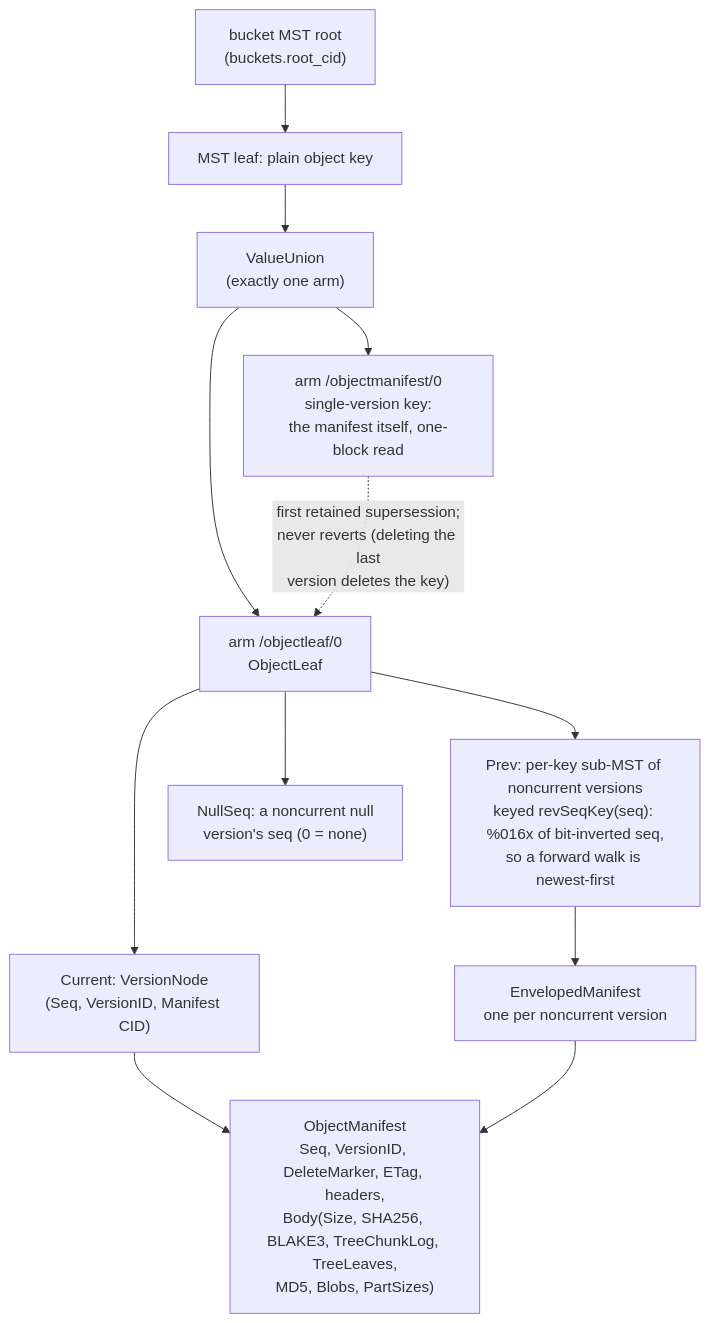
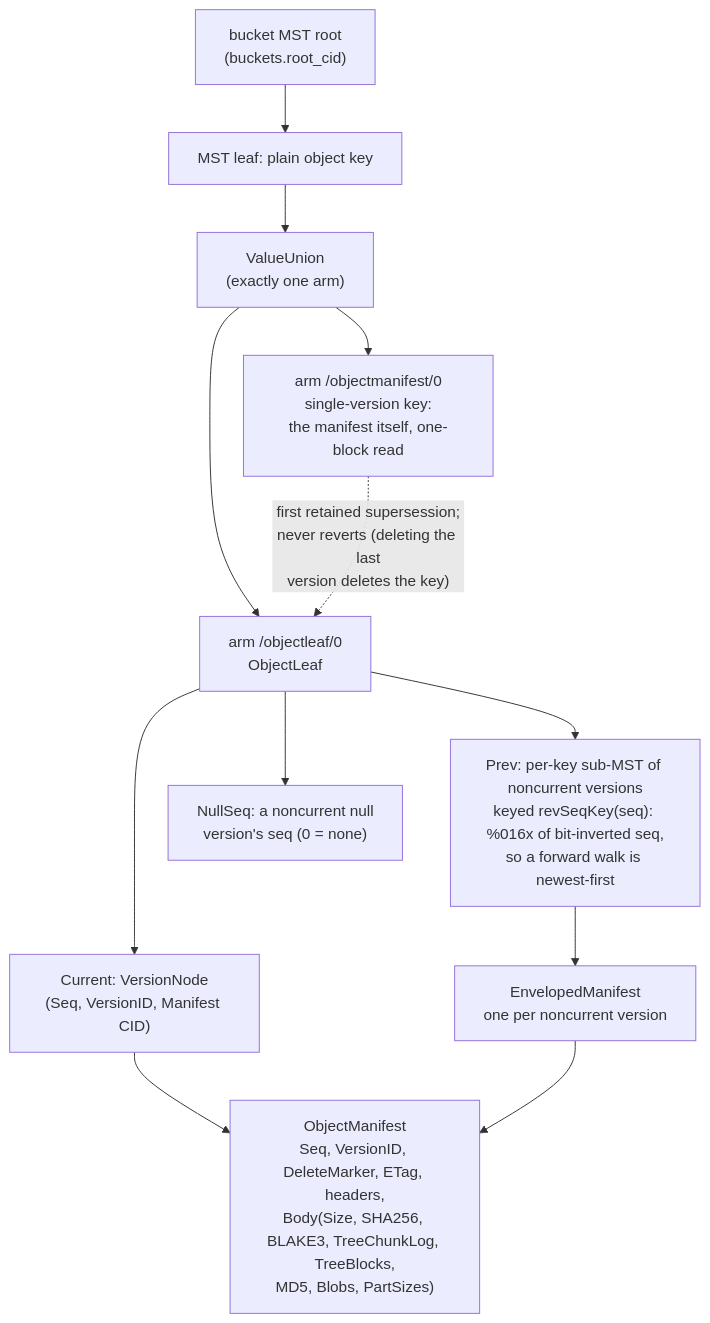
The ninth of 14 diagrams in docs/diagrams.md (fil-forge/ingot), drawn with Mermaid before and after one commit. The commit also changed other lines of this file and 25 other files, not shown here.

````diff
--- a/docs/diagrams.md
+++ b/docs/diagrams.md
@@ -640,24 +640,24 @@
 ```mermaid
 flowchart TB
     root["bucket MST root<br/>(buckets.root_cid)"]
     leafk["MST leaf: plain object key"]
     union["ValueUnion<br/>(exactly one arm)"]
     mans["arm /objectmanifest/0<br/>single-version key:<br/>the manifest itself, one-block read"]
     leaf["arm /objectleaf/0<br/>ObjectLeaf"]
     cur["Current: VersionNode<br/>(Seq, VersionID, Manifest CID)"]
     prev["Prev: per-key sub-MST of noncurrent versions<br/>keyed revSeqKey(seq): %016x of bit-inverted seq,<br/>so a forward walk is newest-first"]
     nulls["NullSeq: a noncurrent null<br/>version's seq (0 = none)"]
     em["EnvelopedManifest<br/>one per noncurrent version"]
-    mf["ObjectManifest<br/>Seq, VersionID, DeleteMarker, ETag, headers,<br/>Body(Size, SHA256, BLAKE3, TreeChunkLog, TreeLeaves,<br/>MD5, Blobs, PartSizes)"]
+    mf["ObjectManifest<br/>Seq, VersionID, DeleteMarker, ETag, headers,<br/>Body(Size, SHA256, BLAKE3, TreeChunkLog, TreeBlocks,<br/>MD5, Blobs, PartSizes)"]
 
     root --> leafk --> union
     union --> mans
     union --> leaf
     mans -.->|"first retained supersession;<br/>never reverts (deleting the last<br/>version deletes the key)"| leaf
     leaf --> cur
     leaf --> prev
     leaf --> nulls
     prev --> em
     cur --> mf
     em --> mf
 ```
````
